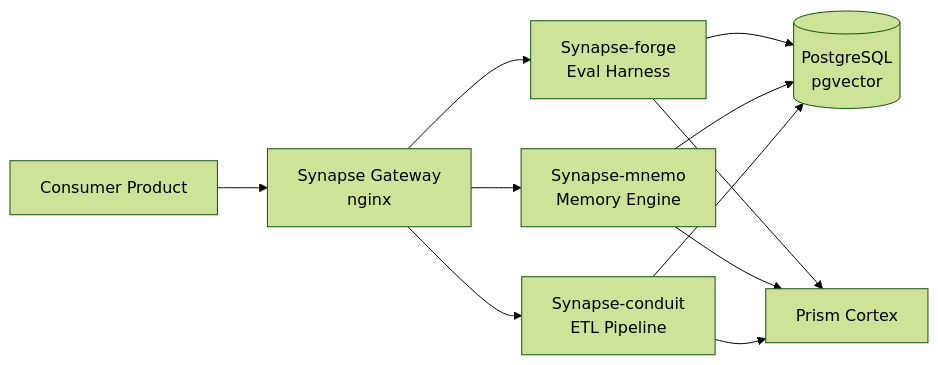
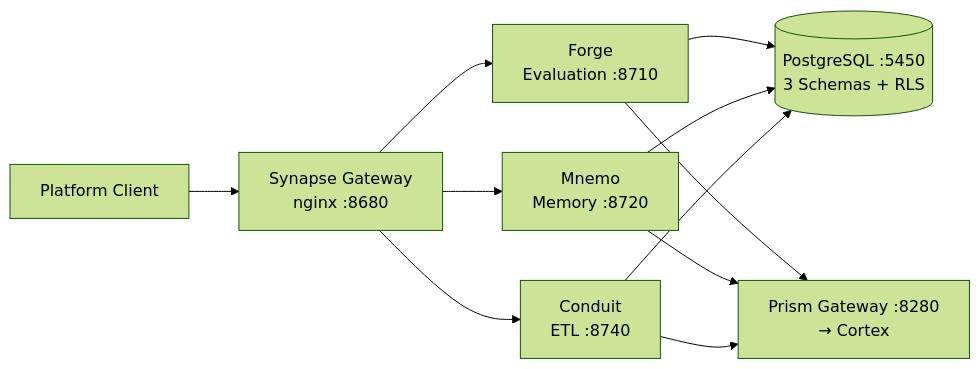
One commit to vsinghal3737/vsinghal3737 changed the sixth of 8 diagrams in README.md. Above: the diagram before and after it, drawn with Mermaid (forest theme). The commit also changed other lines of this file, not shown here.

````diff
--- a/README.md
+++ b/README.md
@@ -236,19 +274,21 @@
 ```mermaid
 flowchart LR
-    Client["Consumer Product"]
-    Gateway["Synapse Gateway<br/>nginx"]
-    Forge["Synapse-forge<br/>Eval Harness"]
-    Mnemo["Synapse-mnemo<br/>Memory Engine"]
-    Conduit["Synapse-conduit<br/>ETL Pipeline"]
-    PG[("PostgreSQL<br/>pgvector")]
-    Prism["Prism Cortex"]
+    Client["Platform Client"]
+    Gateway["Synapse Gateway<br/>nginx :8680"]
+    Forge["Forge<br/>Evaluation :8710"]
+    Mnemo["Mnemo<br/>Memory :8720"]
+    Conduit["Conduit<br/>ETL :8740"]
+    PG[("PostgreSQL :5450<br/>3 Schemas + RLS")]
+    Prism["Prism Gateway :8280<br/>→ Cortex"]
 
     Client --> Gateway
-    Gateway --> Forge & Mnemo & Conduit
+    Gateway --> Forge
+    Gateway --> Mnemo
+    Gateway --> Conduit
     Forge --> PG
     Mnemo --> PG
     Conduit --> PG
     Forge --> Prism
     Mnemo --> Prism
     Conduit --> Prism
 ```
````
